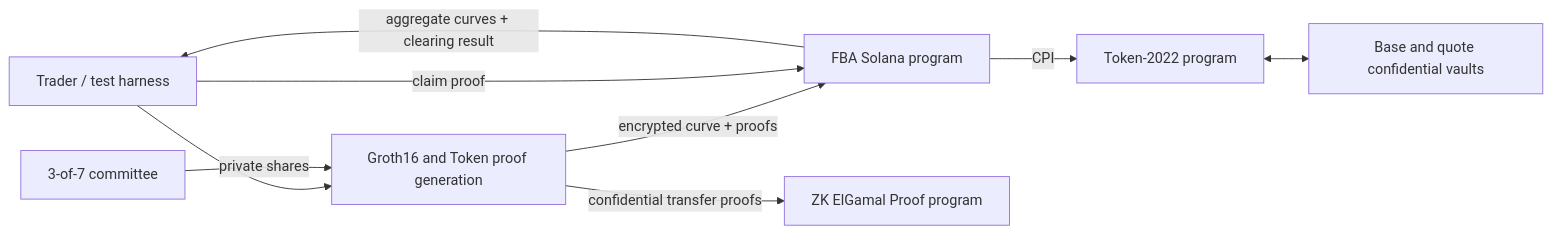
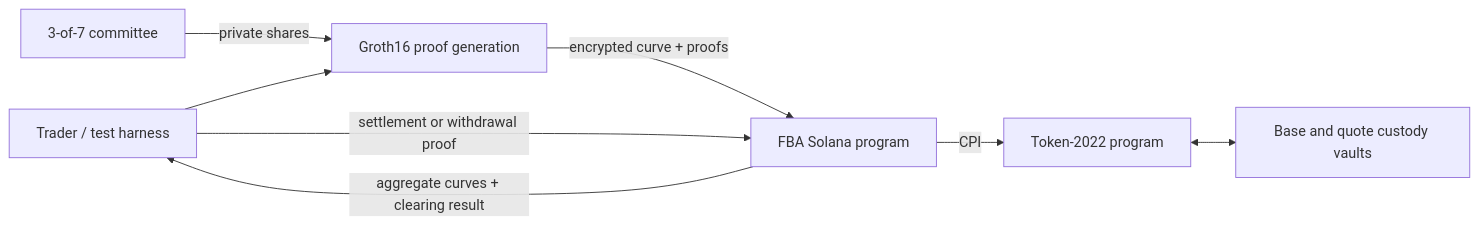
The first of 2 diagrams in TECHNICAL_DESIGN.md (Raunaque97/BeatEx), drawn with Mermaid before and after one commit. The commit also changed other lines of this file and 48 other files, not shown here.

````diff
--- a/TECHNICAL_DESIGN.md
+++ b/TECHNICAL_DESIGN.md
@@ -107,19 +112,17 @@
 ```mermaid
 flowchart LR
     Trader[Trader / test harness]
-    Prover[Groth16 and Token proof generation]
+    Prover[Groth16 proof generation]
     Program[FBA Solana program]
     Token[Token-2022 program]
-    ZkProgram[ZK ElGamal Proof program]
     Committee[3-of-7 committee]
-    Vaults[Base and quote confidential vaults]
+    Vaults[Base and quote custody vaults]
 
     Trader --> Prover
     Prover -->|encrypted curve + proofs| Program
-    Prover -->|confidential transfer proofs| ZkProgram
     Program -->|CPI| Token
     Token <--> Vaults
     Committee -->|private shares| Prover
     Program -->|aggregate curves + clearing result| Trader
-    Trader -->|claim proof| Program
+    Trader -->|settlement or withdrawal proof| Program
 ```
````
